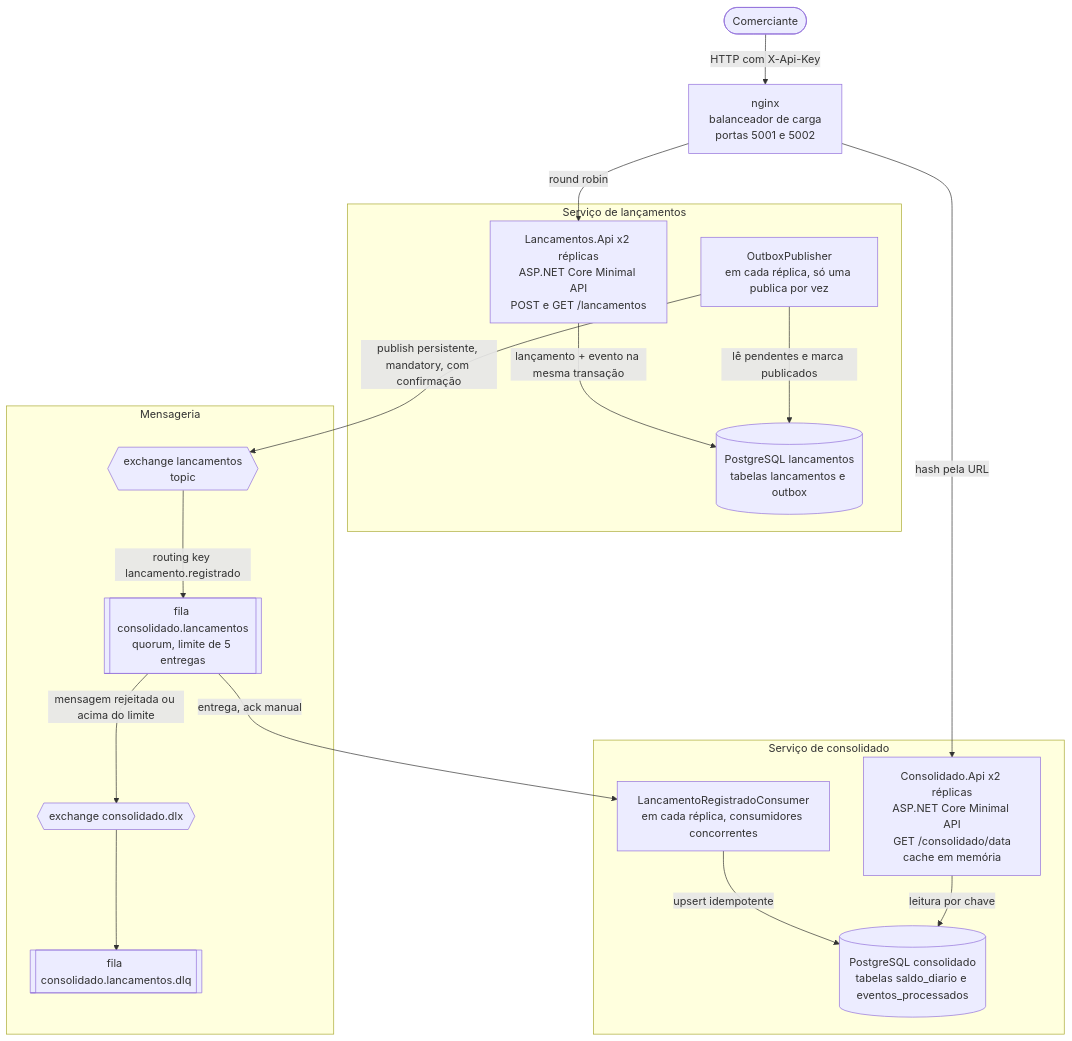
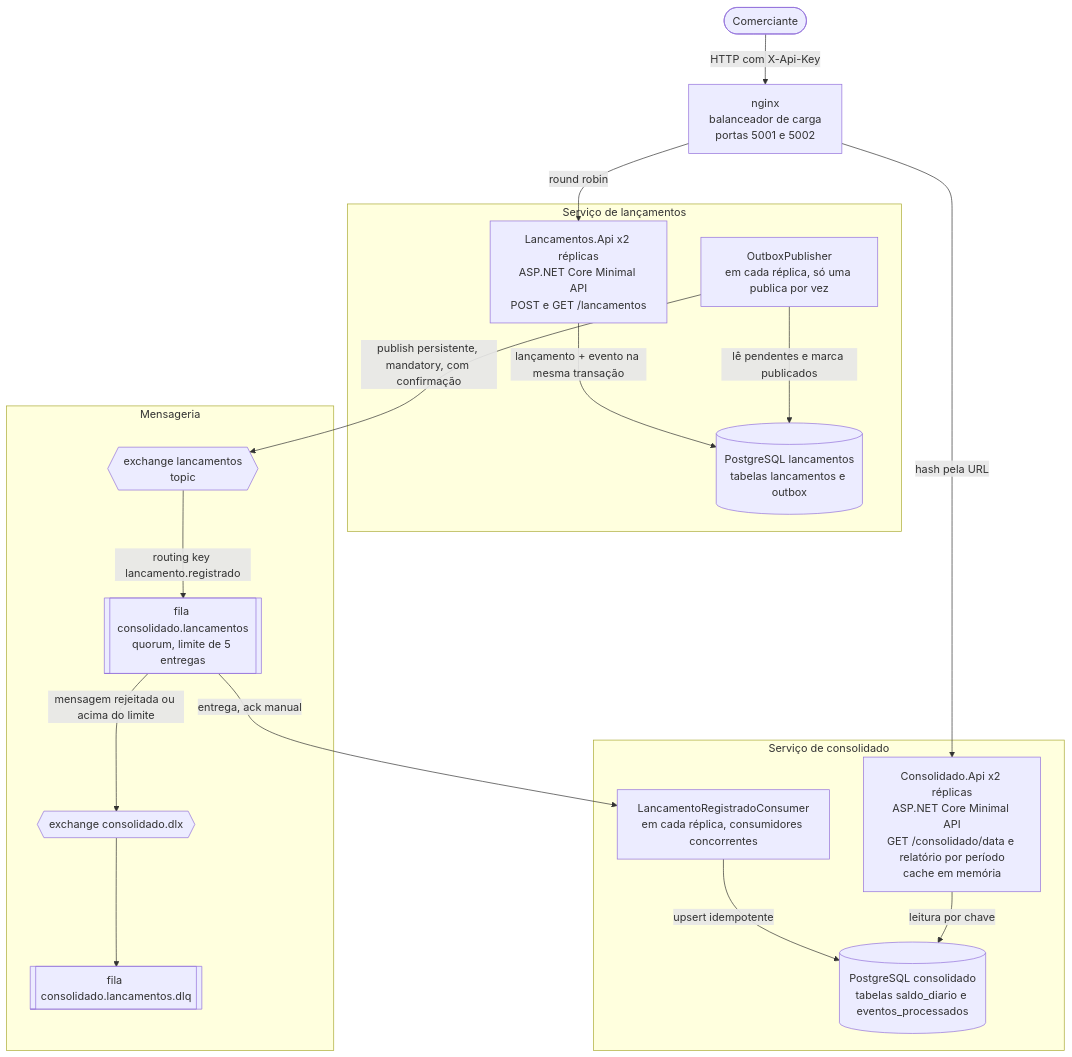
The second of 4 diagrams in docs/arquitetura.md (miltoncamara/Verity_FluxoDeCaixa), drawn with Mermaid before and after one commit. The commit also changed other lines of this file and 3 other files, not shown here.

Commit message:
Documenta o relatório do saldo diário por período

````diff
--- a/docs/arquitetura.md
+++ b/docs/arquitetura.md
@@ -24,37 +24,37 @@
 ```mermaid
 flowchart TB
     Comerciante([Comerciante])
     Nginx[nginx<br/>balanceador de carga<br/>portas 5001 e 5002]
 
     subgraph Lancamentos[Serviço de lançamentos]
         LApi[Lancamentos.Api x2 réplicas<br/>ASP.NET Core Minimal API<br/>POST e GET /lancamentos]
         Pub[OutboxPublisher<br/>em cada réplica, só uma publica por vez]
         LDb[(PostgreSQL lancamentos<br/>tabelas lancamentos e outbox)]
     end
 
     subgraph Broker[Mensageria]
         Ex{{exchange lancamentos<br/>topic}}
         Fila[[fila consolidado.lancamentos<br/>quorum, limite de 5 entregas]]
         Dlx{{exchange consolidado.dlx}}
         Dlq[[fila consolidado.lancamentos.dlq]]
     end
 
     subgraph Consolidado[Serviço de consolidado]
         Cons[LancamentoRegistradoConsumer<br/>em cada réplica, consumidores concorrentes]
-        CApi[Consolidado.Api x2 réplicas<br/>ASP.NET Core Minimal API<br/>GET /consolidado/data<br/>cache em memória]
+        CApi[Consolidado.Api x2 réplicas<br/>ASP.NET Core Minimal API<br/>GET /consolidado/data e relatório por período<br/>cache em memória]
         CDb[(PostgreSQL consolidado<br/>tabelas saldo_diario e eventos_processados)]
     end
 
     Comerciante -- HTTP com X-Api-Key --> Nginx
     Nginx -- round robin --> LApi
     Nginx -- hash pela URL --> CApi
     LApi -- lançamento + evento na mesma transação --> LDb
     Pub -- lê pendentes e marca publicados --> LDb
     Pub -- publish persistente, mandatory, com confirmação --> Ex
     Ex -- routing key lancamento.registrado --> Fila
     Fila -- entrega, ack manual --> Cons
     Fila -- mensagem rejeitada ou acima do limite --> Dlx
     Dlx --> Dlq
     Cons -- upsert idempotente --> CDb
     CApi -- leitura por chave --> CDb
 ```
````
